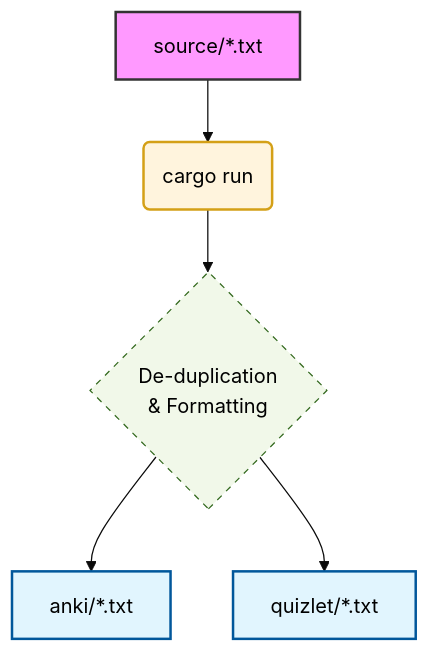
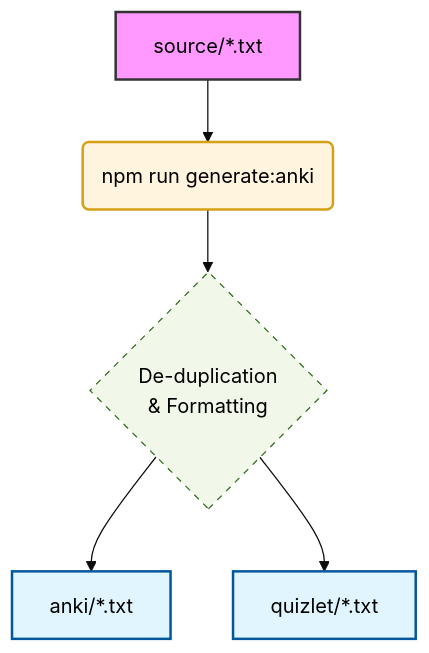
Before and after one commit to andreysey/anki-b2: the diagram in README.md, drawn with Mermaid (base theme). The commit also changed other lines of this file and 12 other files, not shown here.

````diff
--- a/README.md
+++ b/README.md
@@ -30,20 +30,20 @@
 ```mermaid
 graph TD
     %% Define Styles
     classDef source fill:#ff99ff,stroke:#333,stroke-width:2px,color:#000;
     classDef tool fill:#fff4dd,stroke:#d4a017,stroke-width:2px,color:#000;
     classDef output fill:#e1f5fe,stroke:#01579b,stroke-width:2px,color:#000;
     classDef logic fill:#f1f8e9,stroke:#33691e,stroke-dasharray: 5 5,color:#000;
 
     %% Workflow
-    S[source/*.txt] --> B(cargo run)
+    S[source/*.txt] --> B(npm run generate:anki)
     B --> L{"De-duplication<br/>& Formatting"}
     L --> A[anki/*.txt]
     L --> Q[quizlet/*.txt]
 
     %% Assign Classes
     class S source;
     class B tool;
     class A,Q output;
     class L logic;
 ```
````
